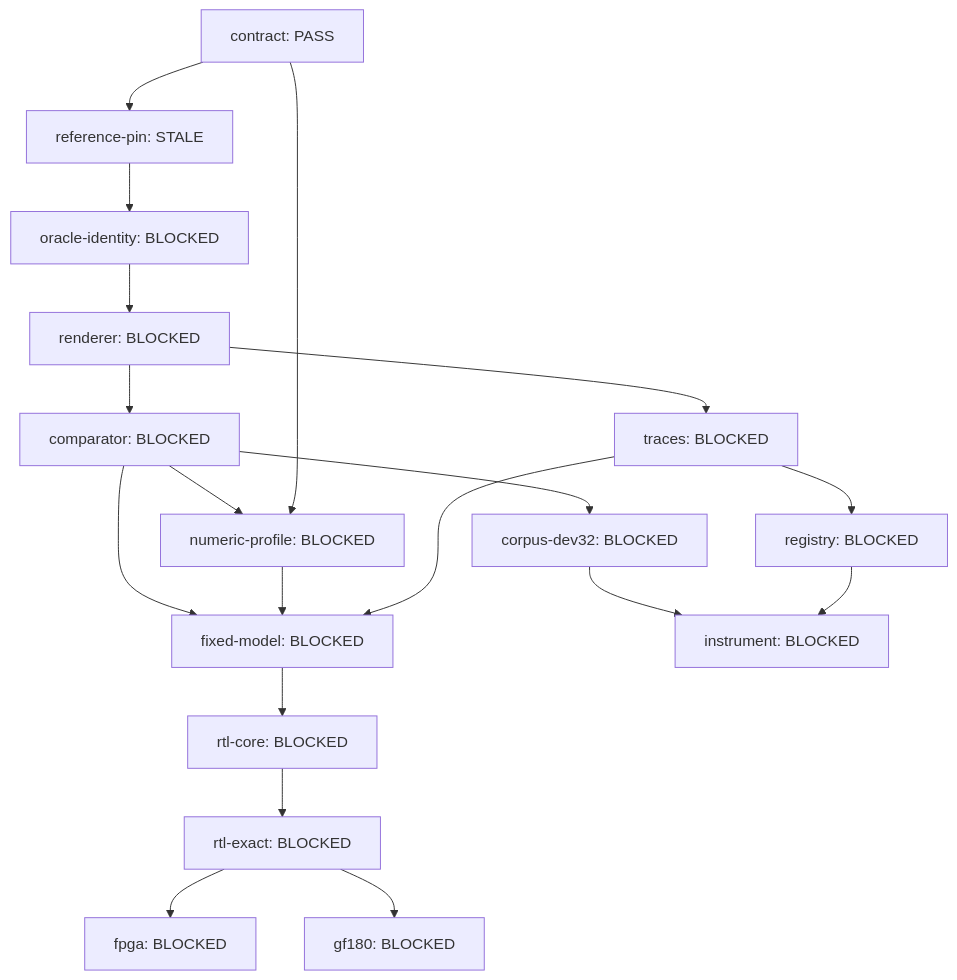
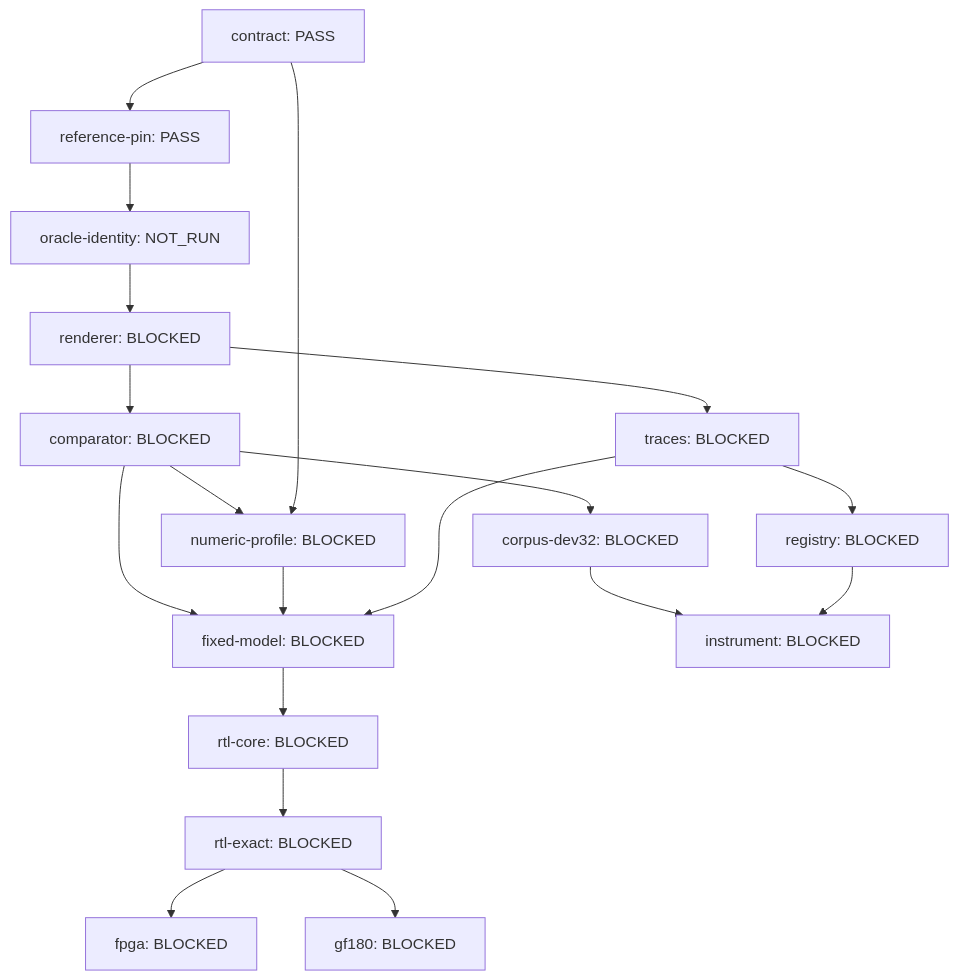
Before and after one commit to 2AMLogic/gf180-dx7: the second of 2 diagrams in README.md, drawn with Mermaid. The commit also changed other lines of this file and 6 other files, not shown here.

````diff
--- a/README.md
+++ b/README.md
@@ -234,36 +234,36 @@
 ```mermaid
 graph TD
   n0["comparator: BLOCKED"]
   n1["contract: PASS"]
   n2["corpus-dev32: BLOCKED"]
   n3["fixed-model: BLOCKED"]
   n4["fpga: BLOCKED"]
   n5["gf180: BLOCKED"]
   n6["instrument: BLOCKED"]
   n7["numeric-profile: BLOCKED"]
-  n8["oracle-identity: BLOCKED"]
-  n9["reference-pin: STALE"]
+  n8["oracle-identity: NOT_RUN"]
+  n9["reference-pin: PASS"]
   n10["registry: BLOCKED"]
   n11["renderer: BLOCKED"]
   n12["rtl-core: BLOCKED"]
   n13["rtl-exact: BLOCKED"]
   n14["traces: BLOCKED"]
   n11 --> n0
   n0 --> n2
   n0 --> n3
   n7 --> n3
   n14 --> n3
   n13 --> n4
   n13 --> n5
   n2 --> n6
   n10 --> n6
   n0 --> n7
   n1 --> n7
   n9 --> n8
   n1 --> n9
   n14 --> n10
   n8 --> n11
   n3 --> n12
   n12 --> n13
   n11 --> n14
 ```
````
